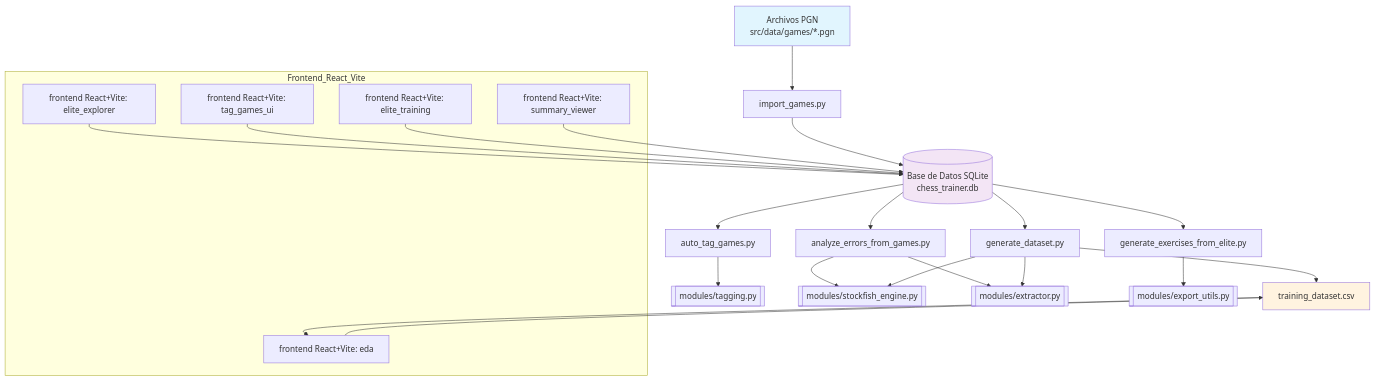
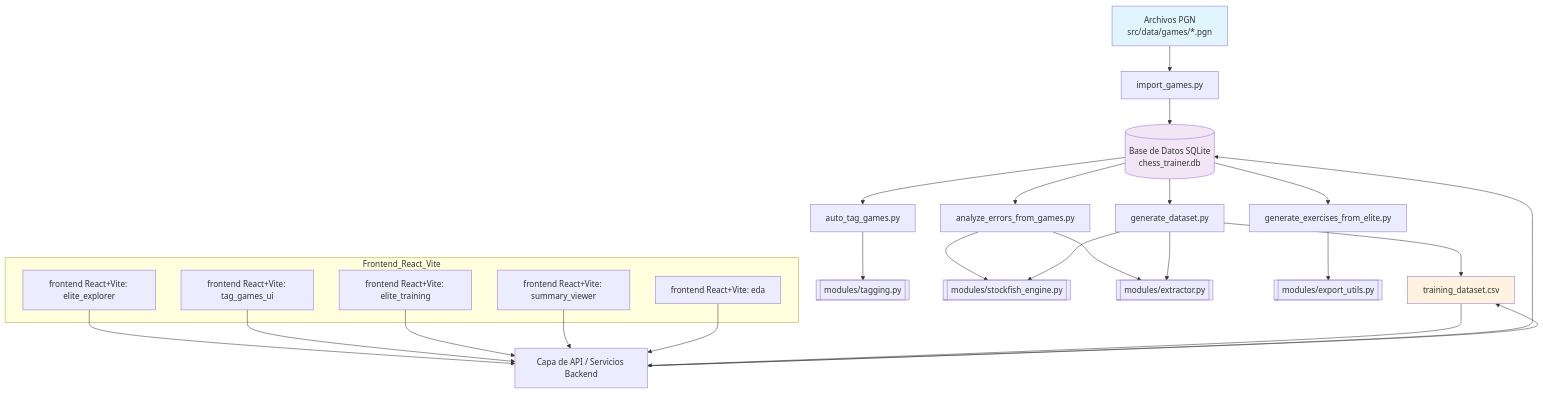
Before and after one commit to cmessoftware/chessinsightai: the diagram in src/architecture_es.md, drawn with Mermaid. The commit also changed 4 other files, not shown here.

First line of the commit message:
docs: align frontend docs with partial react+vite migration

````diff
--- a/src/architecture_es.md
+++ b/src/architecture_es.md
@@ -1,40 +1,43 @@
 ```mermaid
 graph TD
   A[Archivos PGN<br>src/data/games/*.pgn] --> B[import_games.py]
   B --> DB[(Base de Datos SQLite<br>chess_trainer.db)]
 
   DB --> C[auto_tag_games.py]
   DB --> D[analyze_errors_from_games.py]
   DB --> E[generate_exercises_from_elite.py]
   DB --> F[generate_dataset.py]
 
   C --> M1[[modules/tagging.py]]
   D --> M2[[modules/stockfish_engine.py]]
   D --> M3[[modules/extractor.py]]
   E --> M4[[modules/export_utils.py]]
   F --> M2
   F --> M3
 
-  G1[frontend React+Vite: elite_explorer] --> DB
-  G2[frontend React+Vite: tag_games_ui] --> DB
-  G3[frontend React+Vite: elite_training] --> DB
-  G4[frontend React+Vite: summary_viewer] --> DB
+  API[Capa de API / Servicios Backend]
+  G1[frontend React+Vite: elite_explorer] --> API
+  G2[frontend React+Vite: tag_games_ui] --> API
+  G3[frontend React+Vite: elite_training] --> API
+  G4[frontend React+Vite: summary_viewer] --> API
   
   CSV[training_dataset.csv]
-  G5[frontend React+Vite: eda] --> CSV
+  G5[frontend React+Vite: eda] --> API
+  API --> DB
+  API --> CSV
 
   F --> CSV
-  CSV --> G5
+  CSV --> API
 
   subgraph Frontend_React_Vite
     G1
     G2
     G3
     G4
     G5
   end
 
   style A fill:#e1f5fe
   style DB fill:#f3e5f5
   style CSV fill:#fff3e0
 ```
````
